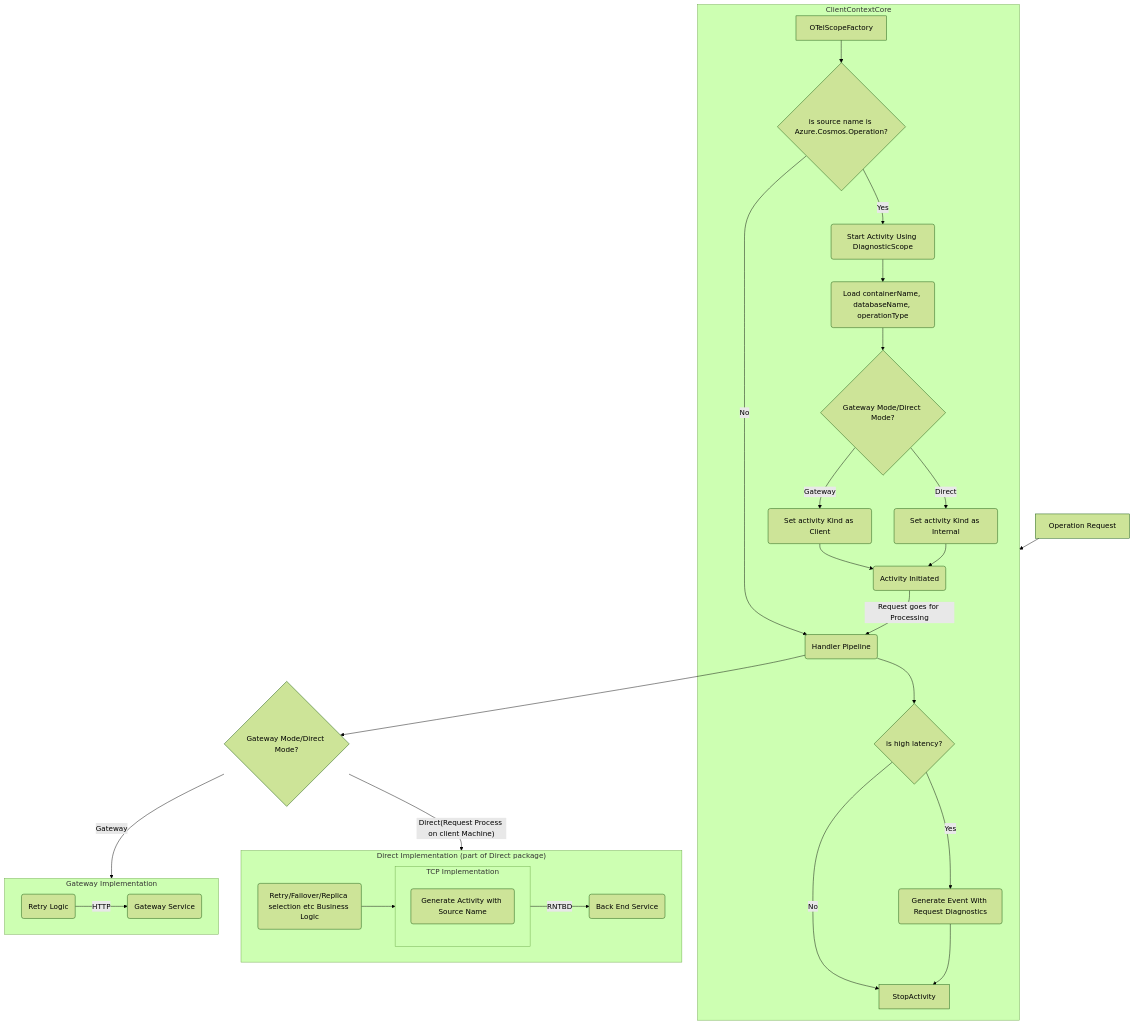
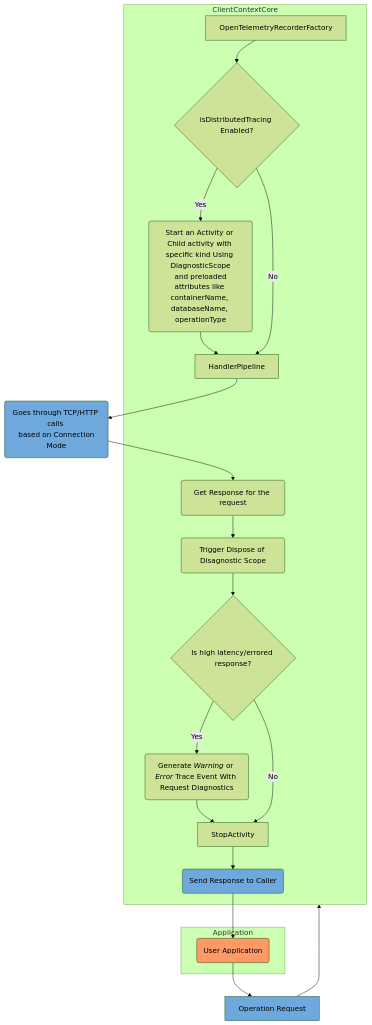
The seventh of 7 diagrams in docs/SdkDesign.md (Azure/azure-cosmos-dotnet-v3), drawn with Mermaid (forest theme) before and after one commit. The commit also changed other lines of this file, not shown here.

Commit message:
redesign

````diff
--- a/docs/SdkDesign.md
+++ b/docs/SdkDesign.md
@@ -191,31 +193,25 @@
 ```mermaid
 flowchart TD
-    OperationRequest[Operation Request] --> ClientContextCore
-    GeneratedActivity --> |Request goes for Processing|HandlerPipeline(Handler Pipeline)
+    classDef orange fill:#f96
+    classDef blue fill:#6fa8dc
     subgraph ClientContextCore
-        OTelScopeFactory --> CheckSourceName{is source name is Azure.Cosmos.Operation?} 
-        CheckSourceName --> |Yes| CreateActivity(Start Activity Using DiagnosticScope) 
-        --> Preloaddata(Load containerName, databaseName, operationType)
-        --> ConnectionModeforkind{Gateway Mode/Direct Mode?}
-        ConnectionModeforkind -- Direct --> SetInternalKind(Set activity Kind as Internal) 
-        ConnectionModeforkind -- Gateway --> SetClientKind(Set activity Kind as Client)
-        SetInternalKind --> GeneratedActivity(Activity Initiated)
-        SetClientKind --> GeneratedActivity
-        HandlerPipeline --> CheckLatencyThreshold{is high latency?}
-        CheckLatencyThreshold -- Yes --> GenerateEvent(Generate Event With Request Diagnostics) --> StopActivity
+        OpenTelemetryRecorderFactory --> CheckFeatureFlag{isDistributedTracing Enabled?} 
+        CheckFeatureFlag --> |Yes| CreateActivity(Start an Activity or Child activity with specific kind Using DiagnosticScope<br> and preloaded attributes like containerName, databaseName, operationType) 
+        CreateActivity --> HandlerPipeline
+        GetResponse --> TriggerDispose(Trigger Dispose of Disagnostic Scope)
+        TriggerDispose --> CheckLatencyThreshold{Is high latency/errored response?}
+        CheckLatencyThreshold -- Yes --> GenerateTraceEvent(Generate <i>Warning</i> or <i>Error</i> Trace Event With Request Diagnostics) --> StopActivity
         CheckLatencyThreshold -- No --> StopActivity
+        StopActivity --> SendResponse(Send Response to Caller):::blue
     end
-    CheckSourceName --> |No| HandlerPipeline 
-    HandlerPipeline --> ConnectionMode{Gateway Mode/Direct Mode?}
-    subgraph DirectPackage["Direct Implementation (part of Direct package)"]
-        subgraph TCPImpl[TCP Implementation]
-            GenerateActivity(Generate Activity with Source Name )
-        end
-        DRetryAndLogic(Retry/Failover/Replica selection etc Business Logic) --> TCPImpl --> |RNTBD|BackendService(Back End Service)
+    OperationRequest[Operation Request]:::blue --> ClientContextCore
+    subgraph Application
+     OperationCall(User Application):::orange
     end
-    subgraph GatewayCode[Gateway Implementation]
-        GRetryAndLogic(Retry Logic) --> |HTTP|GatewayCall(Gateway Service)
-    end
-    ConnectionMode -- "Direct(Request Process on client Machine)" --> DirectPackage
-    ConnectionMode -- Gateway --> GatewayCode
+    OperationCall(User Application):::orange --> OperationRequest
+    CheckFeatureFlag --> |No| HandlerPipeline 
+    HandlerPipeline --> OtherLogic(Goes through TCP/HTTP calls <br> based on Connection Mode):::blue
+    OtherLogic --> GetResponse(Get Response for the request)
+    SendResponse --> OperationCall
+
 ```
````
